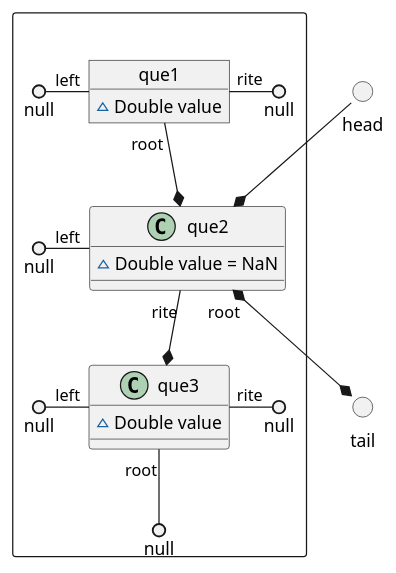
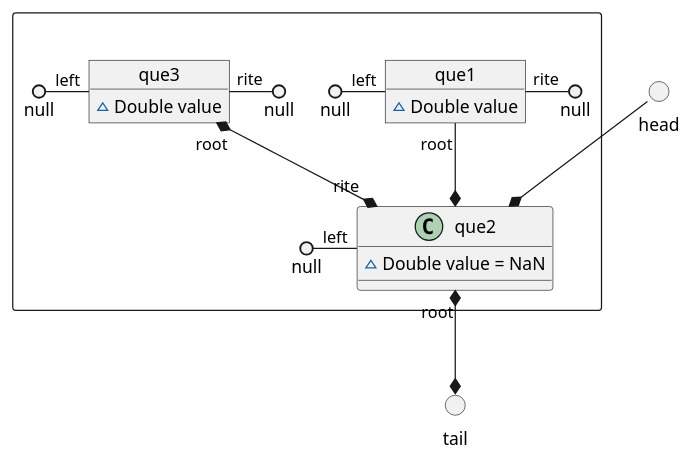
Before and after one commit to vitalispopoff/calculator: the diagram in src/docs/UML/reorderScheme/_06_queue.puml, drawn with PlantUML. The commit also changed 11 other files, not shown here.

```diff
--- a/src/docs/UML/reorderScheme/_06_queue.puml
+++ b/src/docs/UML/reorderScheme/_06_queue.puml
@@ -1,32 +1,33 @@
 @startuml
 
 () head
 () tail
 
 package " " <<Rectangle>>{
 
          head --* que2
 
     object que1{
         ~ Double value
     }
     null ()- "left" que1
         que1 "rite" -() null
         que1 "root" --* que2
 
     object que2{
         ~ Double value = NaN
     }
         null ()- "left" que2
-        que2 "rite" --* que3
+
         que2 "root" *--* tail
 
     object que3{
         ~ Double value
     }
         null ()- "left" que3
         que3 "rite" -() null
-        que3 "root" --() null
+        que3 "root" *--* "rite" que2
+'        que3 "root" --* tail
 }
 
 @enduml
```
